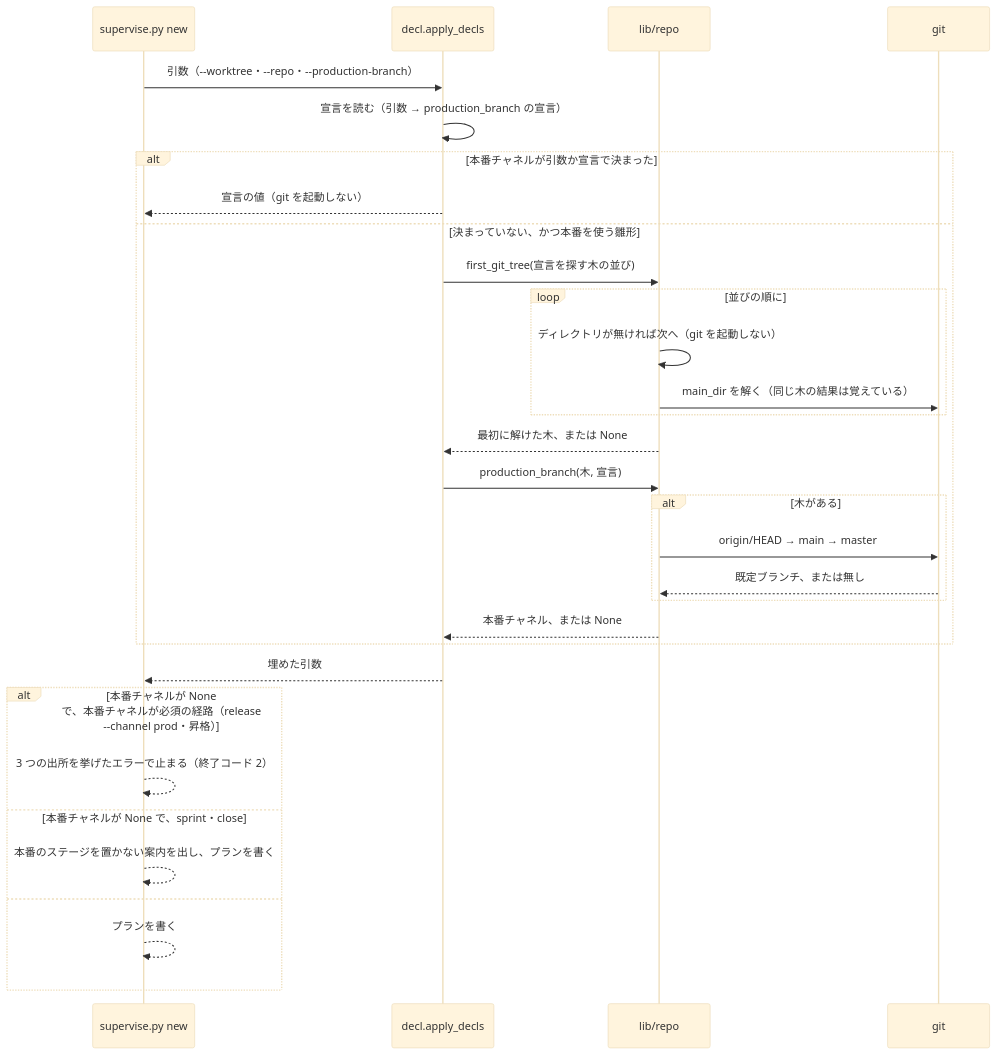
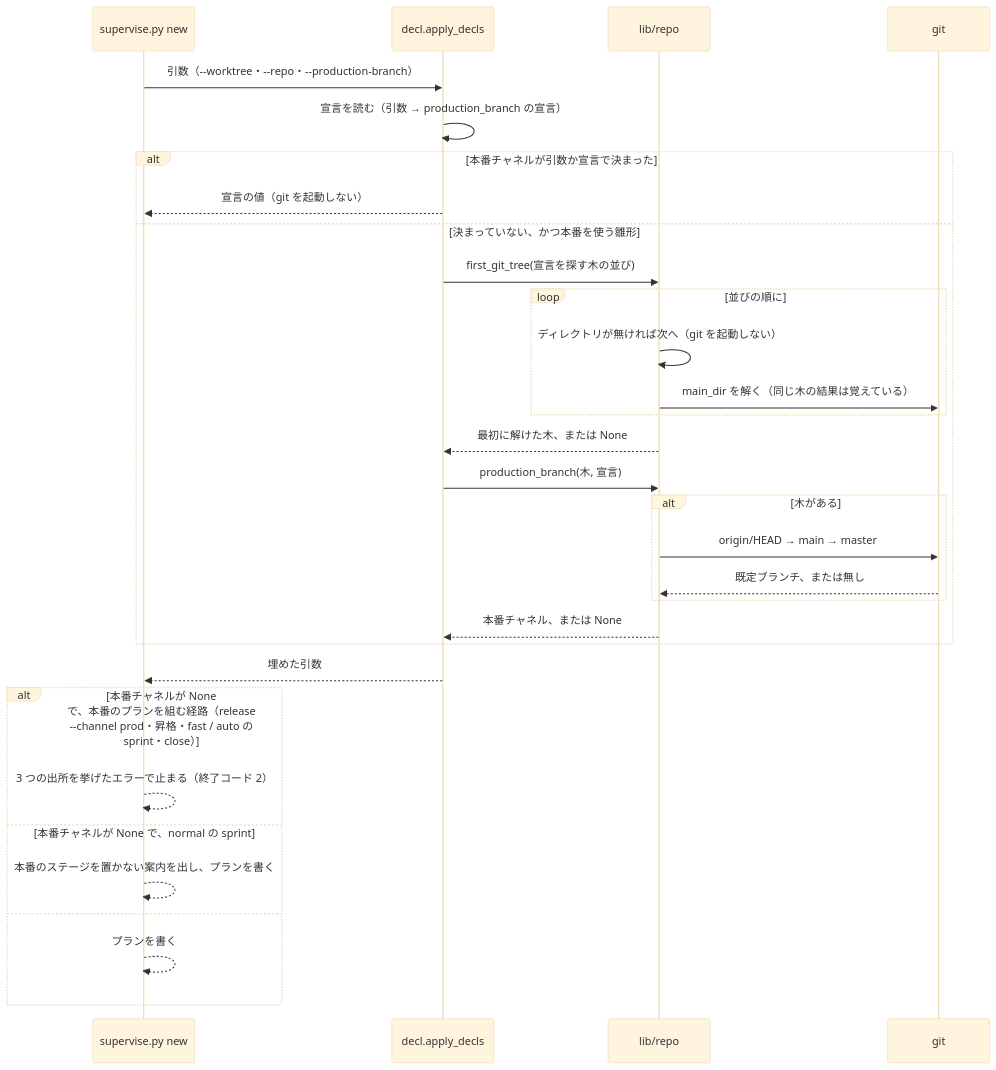
Before and after one commit to devbasex/ai-plugins: the second of 2 diagrams in issues/issue-2097-design.md, drawn with Mermaid (base theme). The commit also changed other lines of this file, not shown here.

````diff
--- a/issues/issue-2097-design.md
+++ b/issues/issue-2097-design.md
@@ -146,33 +146,33 @@
 ```mermaid
 sequenceDiagram
     participant N as supervise.py new
     participant A as decl.apply_decls
     participant R as lib/repo
     participant G as git
     N->>A: 引数（--worktree・--repo・--production-branch）
     A->>A: 宣言を読む（引数 → production_branch の宣言）
     alt 本番チャネルが引数か宣言で決まった
         A-->>N: 宣言の値（git を起動しない）
     else 決まっていない、かつ本番を使う雛形
         A->>R: first_git_tree(宣言を探す木の並び)
         loop 並びの順に
             R->>R: ディレクトリが無ければ次へ（git を起動しない）
             R->>G: main_dir を解く（同じ木の結果は覚えている）
         end
         R-->>A: 最初に解けた木、または None
         A->>R: production_branch(木, 宣言)
         alt 木がある
             R->>G: origin/HEAD → main → master
             G-->>R: 既定ブランチ、または無し
         end
         R-->>A: 本番チャネル、または None
     end
     A-->>N: 埋めた引数
-    alt 本番チャネルが None で、本番チャネルが必須の経路（release --channel prod・昇格）
+    alt 本番チャネルが None で、本番のプランを組む経路（release --channel prod・昇格・fast / auto の sprint・close）
         N-->>N: 3 つの出所を挙げたエラーで止まる（終了コード 2）
-    else 本番チャネルが None で、sprint・close
+    else 本番チャネルが None で、normal の sprint
         N-->>N: 本番のステージを置かない案内を出し、プランを書く
     else
         N-->>N: プランを書く
     end
 ```
````
